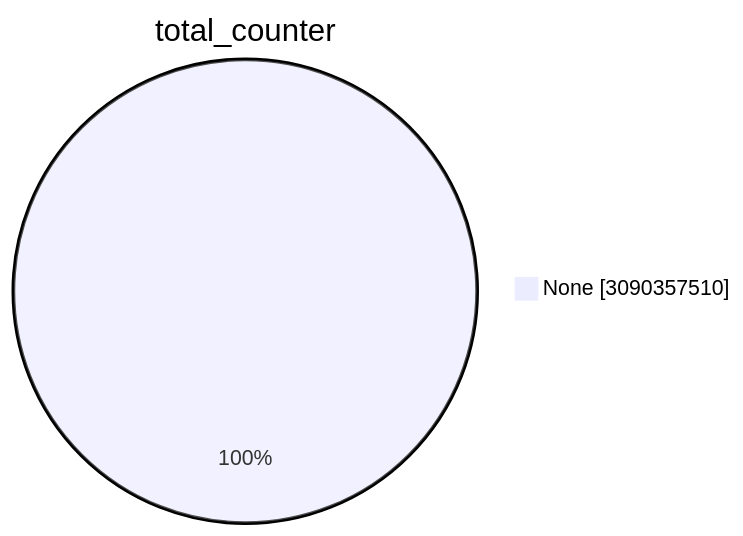
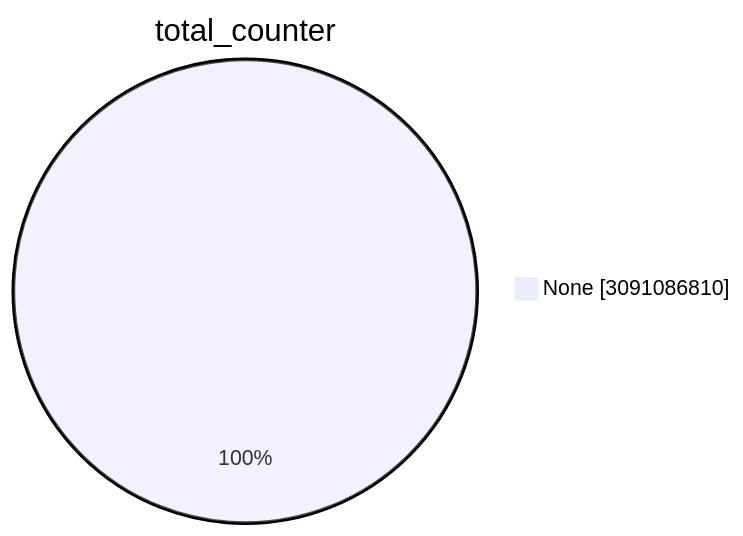
Before and after one commit to christiankrug/ctmonitor_visualization: the first of 15 diagrams in TOTAL/README.md, drawn with Mermaid. The commit also changed other lines of this file, not shown here.

````diff
--- a/TOTAL/README.md
+++ b/TOTAL/README.md
@@ -1,5 +1,5 @@
 ```mermaid
 pie showData
 title total_counter
-"None" :3090357510
+"None" :3091086810
 ```
````
